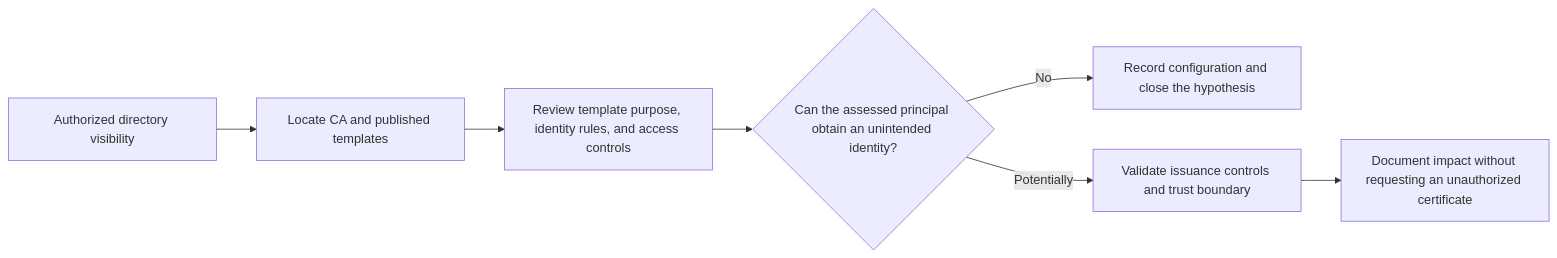
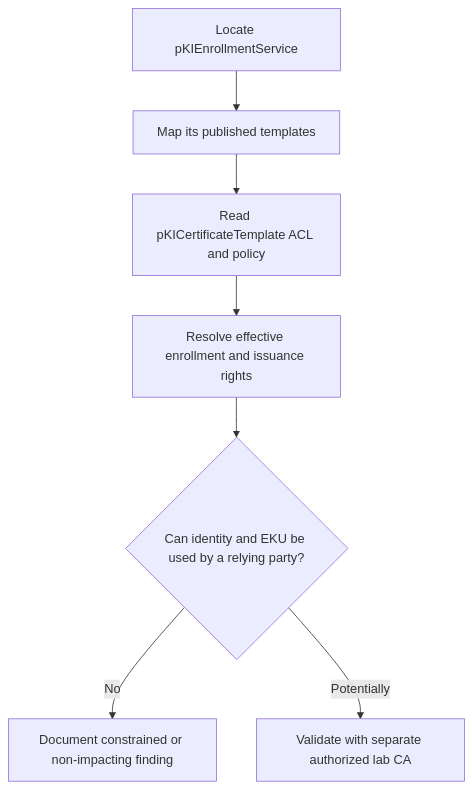
The diagram in docs/techniques/adcs_enum.md (alham-rizvi/FindMyAttackPath), drawn with Mermaid before and after one commit. The commit also changed other lines of this file and 45 other files, not shown here.

````diff
--- a/docs/techniques/adcs_enum.md
+++ b/docs/techniques/adcs_enum.md
@@ -43,9 +50,9 @@
 ```mermaid
-flowchart LR
-  A[Authorized directory visibility] --> B[Locate CA and published templates]
-  B --> C[Review template purpose, identity rules, and access controls]
-  C --> D{Can the assessed principal obtain an unintended identity?}
-  D -->|No| E[Record configuration and close the hypothesis]
-  D -->|Potentially| F[Validate issuance controls and trust boundary]
-  F --> G[Document impact without requesting an unauthorized certificate]
+flowchart TD
+  A[Locate pKIEnrollmentService] --> B[Map its published templates]
+  B --> C[Read pKICertificateTemplate ACL and policy]
+  C --> D[Resolve effective enrollment and issuance rights]
+  D --> E{Can identity and EKU be used by a relying party?}
+  E -->|No| F[Document constrained or non-impacting finding]
+  E -->|Potentially| G[Validate with separate authorized lab CA]
 ```
````
